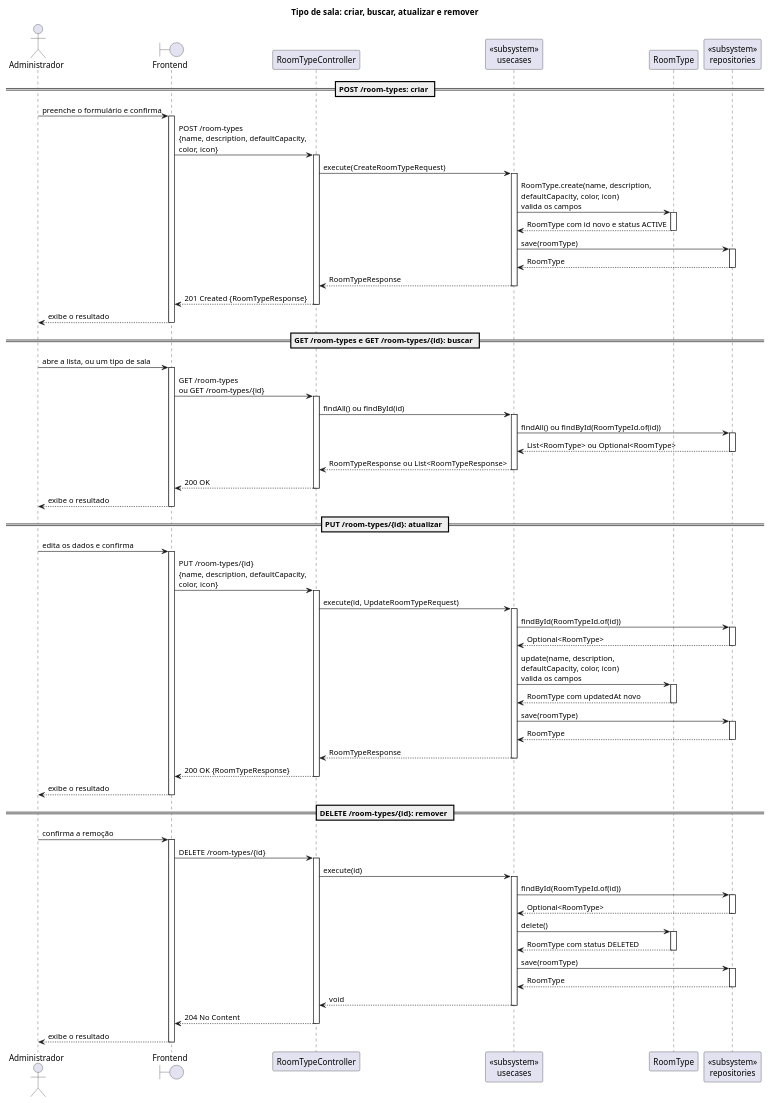
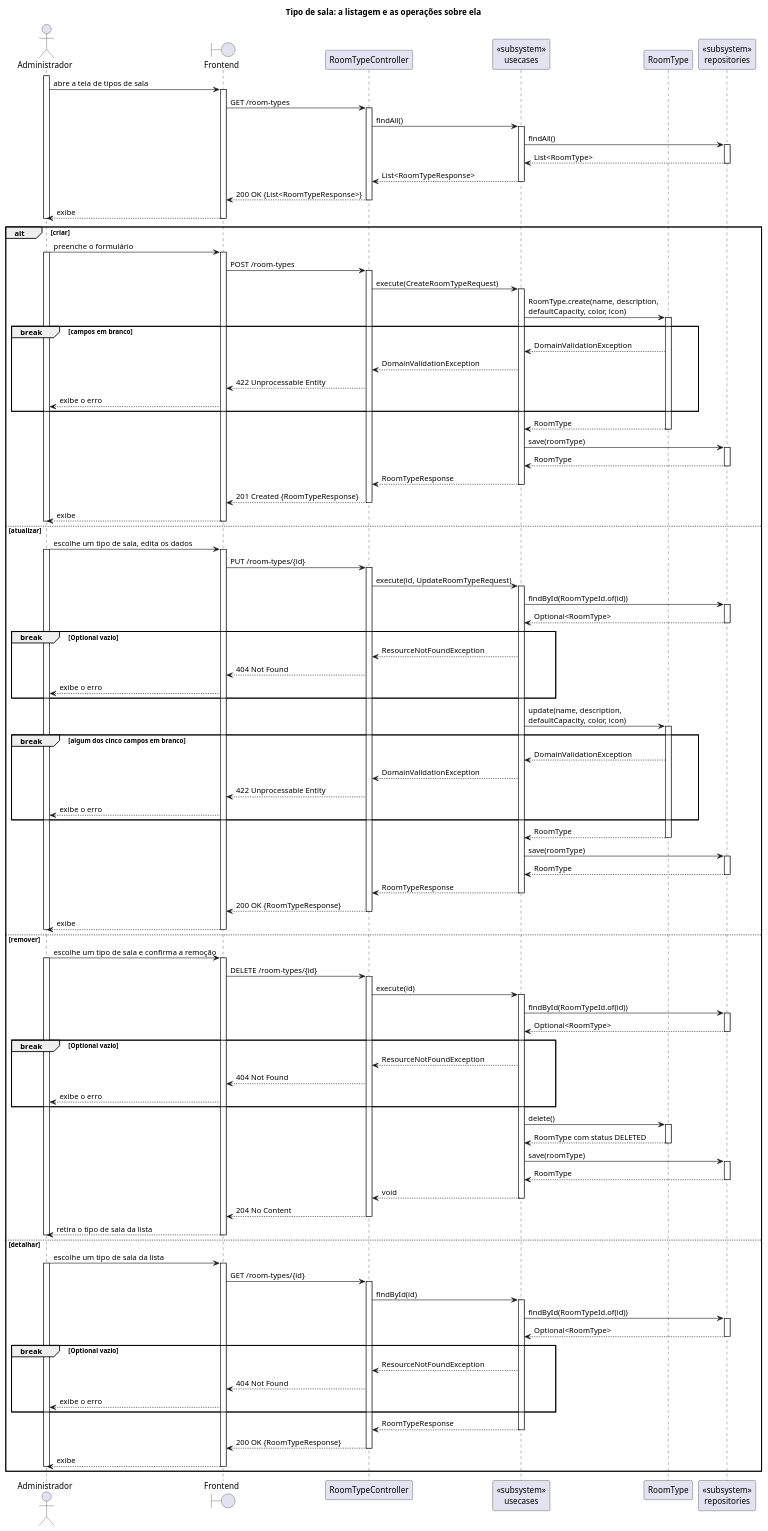
Before and after one commit to Neoguara/rooms-diagrams: the diagram in src/plantuml/sequencia/simples/room_type.puml, drawn with PlantUML. The commit also changed 6 other files, not shown here.

```diff
--- a/src/plantuml/sequencia/simples/room_type.puml
+++ b/src/plantuml/sequencia/simples/room_type.puml
@@ -1,14 +1,22 @@
 @startuml room_type_simples
 
 ' Recorte de tipo de sala do módulo room, inteiro em um arquivo, no estilo simplista. Os
-' diagramas completos continuam em sequencia/room_type/, e é lá que estão os desvios.
+' diagramas completos continuam em sequencia/room_type/, e é lá que estão todos os desvios.
 '
-' Cinco cortes em relação a eles:
+' A forma do diagrama segue o uso da tela: abrir a tela de tipos de sala lista, e a
+' listagem é obrigatória, acontece antes de tudo e não é alternativa a nada. Só depois
+' dela o administrador escolhe uma das operações, e é essa escolha que o alt representa.
+'
+' Cinco cortes em relação aos diagramas completos:
 '   1. Porta e implementação viram um participante só, tipado como «subsystem».
-'   2. Só o caminho de sucesso. Nenhum alt: os erros (404, 422) estão nos diagramas
-'      completos, e as guardas de status estão em estado/room_type_status.puml.
+'   2. Os desvios são marcados com break, o fragmento que cancela o resto da interação,
+'      que é o que o throw faz: 404 nas três operações que buscam por id e 422 nas duas
+'      que validam campos, criar e atualizar. O update roda a mesma RoomTypeValidation do
+'      create, por isso o atualizar tem dois. O 422 do delete, que exige INACTIVE, fica
+'      em estado/room_type_status.puml.
 '   3. Nenhuma mensagem para si mesmo: fluxo interno não é troca entre participantes.
-'   4. Ativação só em trecho reto, abrindo e fechando no mesmo nível.
+'   4. Ativação só em trecho reto, abrindo e fechando no mesmo nível. As barras aninham:
+'      a do ator cobre a interação inteira, e cada camada abaixo ocupa menos tempo.
 '   5. O armazenamento não aparece. As mensagens param no participante de repositório,
 '      e a consulta ou gravação fica implícita: o que importa é a conversa entre as
 '      camadas, não o SQL.
@@ -19,7 +27,7 @@
 ' O PATCH /room-types/{id}/status fica de fora: as transições estão em
 ' estado/room_type_status.puml.
 
-title Tipo de sala: criar, buscar, atualizar e remover
+title Tipo de sala: a listagem e as operações sobre ela
 
 actor "Administrador" as Ator
 boundary "Frontend" as FE
@@ -30,113 +38,178 @@
 participant "RoomType" as Entity
 participant "<<subsystem>>\nrepositories" as Repo
 
-== POST /room-types: criar ==
-
-Ator -> FE: preenche o formulário e confirma
+activate Ator
+Ator -> FE: abre a tela de tipos de sala
 activate FE
-FE -> Ctrl: POST /room-types\n{name, description, defaultCapacity,\ncolor, icon}
+FE -> Ctrl: GET /room-types
 activate Ctrl
-Ctrl -> UC: execute(CreateRoomTypeRequest)
+Ctrl -> UC: findAll()
 activate UC
 
-UC -> Entity: RoomType.create(name, description,\ndefaultCapacity, color, icon)\nvalida os campos
-activate Entity
-Entity --> UC: RoomType com id novo e status ACTIVE
-deactivate Entity
-
-UC -> Repo: save(roomType)
+UC -> Repo: findAll()
 activate Repo
-Repo --> UC: RoomType
+Repo --> UC: List<RoomType>
 deactivate Repo
 
-UC --> Ctrl: RoomTypeResponse
+UC --> Ctrl: List<RoomTypeResponse>
 deactivate UC
-Ctrl --> FE: 201 Created {RoomTypeResponse}
+Ctrl --> FE: 200 OK {List<RoomTypeResponse>}
 deactivate Ctrl
-FE --> Ator: exibe o resultado
+FE --> Ator: exibe
 deactivate FE
+deactivate Ator
 
-== GET /room-types e GET /room-types/{id}: buscar ==
+alt criar
 
-Ator -> FE: abre a lista, ou um tipo de sala
-activate FE
-FE -> Ctrl: GET /room-types\nou GET /room-types/{id}
-activate Ctrl
-Ctrl -> UC: findAll() ou findById(id)
-activate UC
+  Ator -> FE: preenche o formulário
+  activate Ator
+  activate FE
+  FE -> Ctrl: POST /room-types
+  activate Ctrl
+  Ctrl -> UC: execute(CreateRoomTypeRequest)
+  activate UC
 
-UC -> Repo: findAll() ou findById(RoomTypeId.of(id))
-activate Repo
-Repo --> UC: List<RoomType> ou Optional<RoomType>
-deactivate Repo
+  UC -> Entity: RoomType.create(name, description,\ndefaultCapacity, color, icon)
+  activate Entity
 
-UC --> Ctrl: RoomTypeResponse ou List<RoomTypeResponse>
-deactivate UC
-Ctrl --> FE: 200 OK
-deactivate Ctrl
-FE --> Ator: exibe o resultado
-deactivate FE
+  break campos em branco
+    Entity --> UC: DomainValidationException
+    UC --> Ctrl: DomainValidationException
+    Ctrl --> FE: 422 Unprocessable Entity
+    FE --> Ator: exibe o erro
+  end
 
-== PUT /room-types/{id}: atualizar ==
+  Entity --> UC: RoomType
+  deactivate Entity
 
-Ator -> FE: edita os dados e confirma
-activate FE
-FE -> Ctrl: PUT /room-types/{id}\n{name, description, defaultCapacity,\ncolor, icon}
-activate Ctrl
-Ctrl -> UC: execute(id, UpdateRoomTypeRequest)
-activate UC
+  UC -> Repo: save(roomType)
+  activate Repo
+  Repo --> UC: RoomType
+  deactivate Repo
 
-UC -> Repo: findById(RoomTypeId.of(id))
-activate Repo
-Repo --> UC: Optional<RoomType>
-deactivate Repo
+  UC --> Ctrl: RoomTypeResponse
+  deactivate UC
+  Ctrl --> FE: 201 Created {RoomTypeResponse}
+  deactivate Ctrl
+  FE --> Ator: exibe
+  deactivate FE
+  deactivate Ator
 
-UC -> Entity: update(name, description,\ndefaultCapacity, color, icon)\nvalida os campos
-activate Entity
-Entity --> UC: RoomType com updatedAt novo
-deactivate Entity
+else atualizar
 
-UC -> Repo: save(roomType)
-activate Repo
-Repo --> UC: RoomType
-deactivate Repo
+  Ator -> FE: escolhe um tipo de sala, edita os dados
+  activate Ator
+  activate FE
+  FE -> Ctrl: PUT /room-types/{id}
+  activate Ctrl
+  Ctrl -> UC: execute(id, UpdateRoomTypeRequest)
+  activate UC
 
-UC --> Ctrl: RoomTypeResponse
-deactivate UC
-Ctrl --> FE: 200 OK {RoomTypeResponse}
-deactivate Ctrl
-FE --> Ator: exibe o resultado
-deactivate FE
+  UC -> Repo: findById(RoomTypeId.of(id))
+  activate Repo
+  Repo --> UC: Optional<RoomType>
+  deactivate Repo
 
-== DELETE /room-types/{id}: remover ==
+  break Optional vazio
+    UC --> Ctrl: ResourceNotFoundException
+    Ctrl --> FE: 404 Not Found
+    FE --> Ator: exibe o erro
+  end
 
-Ator -> FE: confirma a remoção
-activate FE
-FE -> Ctrl: DELETE /room-types/{id}
-activate Ctrl
-Ctrl -> UC: execute(id)
-activate UC
+  UC -> Entity: update(name, description,\ndefaultCapacity, color, icon)
+  activate Entity
 
-UC -> Repo: findById(RoomTypeId.of(id))
-activate Repo
-Repo --> UC: Optional<RoomType>
-deactivate Repo
+  break algum dos cinco campos em branco
+    Entity --> UC: DomainValidationException
+    UC --> Ctrl: DomainValidationException
+    Ctrl --> FE: 422 Unprocessable Entity
+    FE --> Ator: exibe o erro
+  end
 
-UC -> Entity: delete()
-activate Entity
-Entity --> UC: RoomType com status DELETED
-deactivate Entity
+  Entity --> UC: RoomType
+  deactivate Entity
 
-UC -> Repo: save(roomType)
-activate Repo
-Repo --> UC: RoomType
-deactivate Repo
+  UC -> Repo: save(roomType)
+  activate Repo
+  Repo --> UC: RoomType
+  deactivate Repo
 
-UC --> Ctrl: void
-deactivate UC
-Ctrl --> FE: 204 No Content
-deactivate Ctrl
-FE --> Ator: exibe o resultado
-deactivate FE
+  UC --> Ctrl: RoomTypeResponse
+  deactivate UC
+  Ctrl --> FE: 200 OK {RoomTypeResponse}
+  deactivate Ctrl
+  FE --> Ator: exibe
+  deactivate FE
+  deactivate Ator
+
+else remover
+
+  Ator -> FE: escolhe um tipo de sala e confirma a remoção
+  activate Ator
+  activate FE
+  FE -> Ctrl: DELETE /room-types/{id}
+  activate Ctrl
+  Ctrl -> UC: execute(id)
+  activate UC
+
+  UC -> Repo: findById(RoomTypeId.of(id))
+  activate Repo
+  Repo --> UC: Optional<RoomType>
+  deactivate Repo
+
+  break Optional vazio
+    UC --> Ctrl: ResourceNotFoundException
+    Ctrl --> FE: 404 Not Found
+    FE --> Ator: exibe o erro
+  end
+
+  UC -> Entity: delete()
+  activate Entity
+  Entity --> UC: RoomType com status DELETED
+  deactivate Entity
+
+  UC -> Repo: save(roomType)
+  activate Repo
+  Repo --> UC: RoomType
+  deactivate Repo
+
+  UC --> Ctrl: void
+  deactivate UC
+  Ctrl --> FE: 204 No Content
+  deactivate Ctrl
+  FE --> Ator: retira o tipo de sala da lista
+  deactivate FE
+  deactivate Ator
+
+else detalhar
+
+  Ator -> FE: escolhe um tipo de sala da lista
+  activate Ator
+  activate FE
+  FE -> Ctrl: GET /room-types/{id}
+  activate Ctrl
+  Ctrl -> UC: findById(id)
+  activate UC
+
+  UC -> Repo: findById(RoomTypeId.of(id))
+  activate Repo
+  Repo --> UC: Optional<RoomType>
+  deactivate Repo
+
+  break Optional vazio
+    UC --> Ctrl: ResourceNotFoundException
+    Ctrl --> FE: 404 Not Found
+    FE --> Ator: exibe o erro
+  end
+
+  UC --> Ctrl: RoomTypeResponse
+  deactivate UC
+  Ctrl --> FE: 200 OK {RoomTypeResponse}
+  deactivate Ctrl
+  FE --> Ator: exibe
+  deactivate FE
+  deactivate Ator
+
+end
 
 @enduml
```
